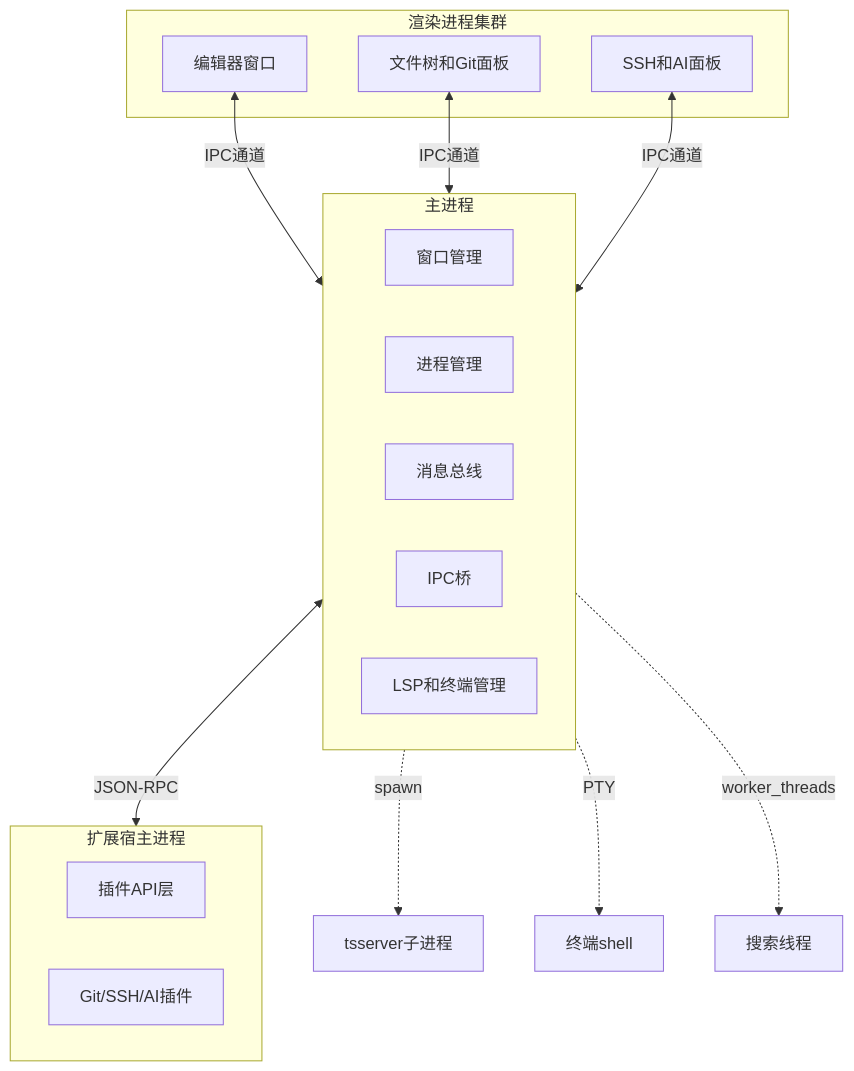
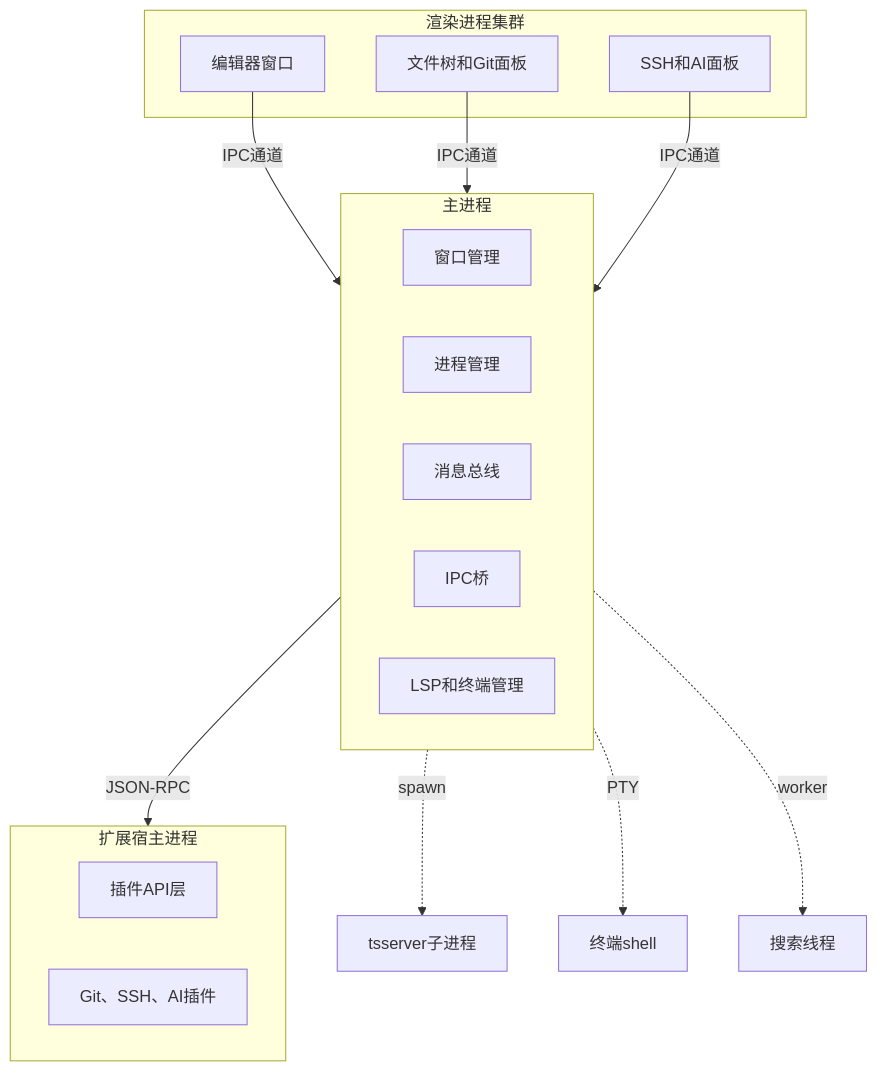
One commit to chongyin10/ideaCode changed the first of 8 diagrams in README.md. Above: the diagram before and after it, drawn with Mermaid. The commit also changed other lines of this file, not shown here.

````diff
--- a/README.md
+++ b/README.md
@@ -135,27 +135,27 @@
 ```mermaid
 flowchart TB
-    subgraph Renderer[渲染进程集群]
-        R1[编辑器窗口]
-        R2[文件树和Git面板]
-        Rn[SSH和AI面板]
+    subgraph Renderer["渲染进程集群"]
+        R1["编辑器窗口"]
+        R2["文件树和Git面板"]
+        Rn["SSH和AI面板"]
     end
-    subgraph Main[主进程]
-        M1[窗口管理]
-        M2[进程管理]
-        M3[消息总线]
-        M4[IPC桥]
-        M5[LSP和终端管理]
+    subgraph Main["主进程"]
+        M1["窗口管理"]
+        M2["进程管理"]
+        M3["消息总线"]
+        M4["IPC桥"]
+        M5["LSP和终端管理"]
     end
-    subgraph ExtensionHost[扩展宿主进程]
-        E1[插件API层]
-        E2[Git/SSH/AI插件]
+    subgraph ExtensionHost["扩展宿主进程"]
+        E1["插件API层"]
+        E2["Git、SSH、AI插件"]
     end
 
-    R1 <-- IPC通道 --> Main
-    R2 <-- IPC通道 --> Main
-    Rn <-- IPC通道 --> Main
-    Main <-- JSON-RPC --> ExtensionHost
-    Main -. spawn .-> T[tsserver子进程]
-    Main -. PTY .-> P[终端shell]
-    Main -. worker_threads .-> W[搜索线程]
+    R1 -->|IPC通道| Main
+    R2 -->|IPC通道| Main
+    Rn -->|IPC通道| Main
+    Main -->|JSON-RPC| ExtensionHost
+    Main -.->|spawn| T["tsserver子进程"]
+    Main -.->|PTY| P["终端shell"]
+    Main -.->|worker| W["搜索线程"]
 ```
````
